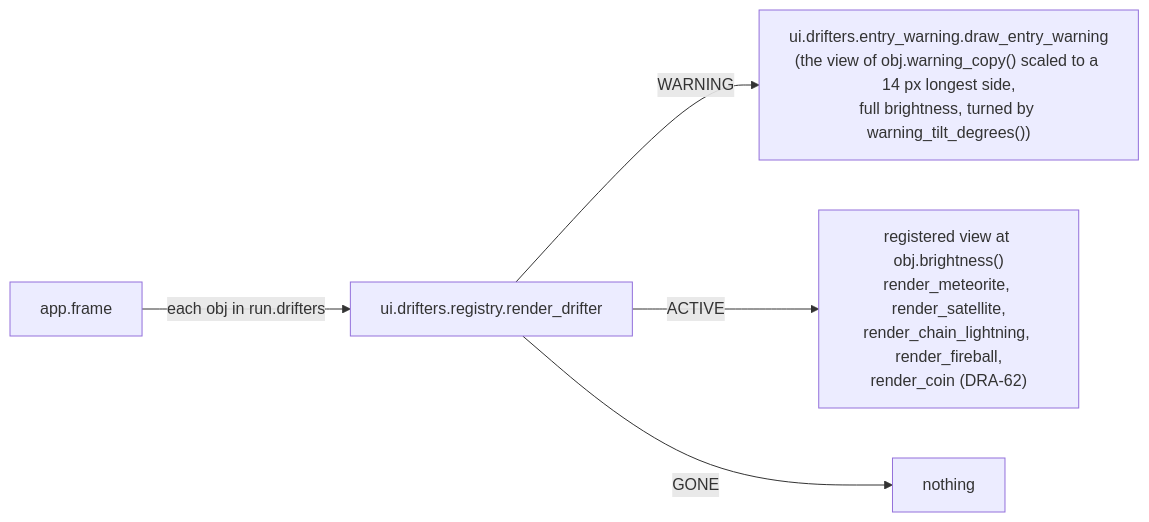
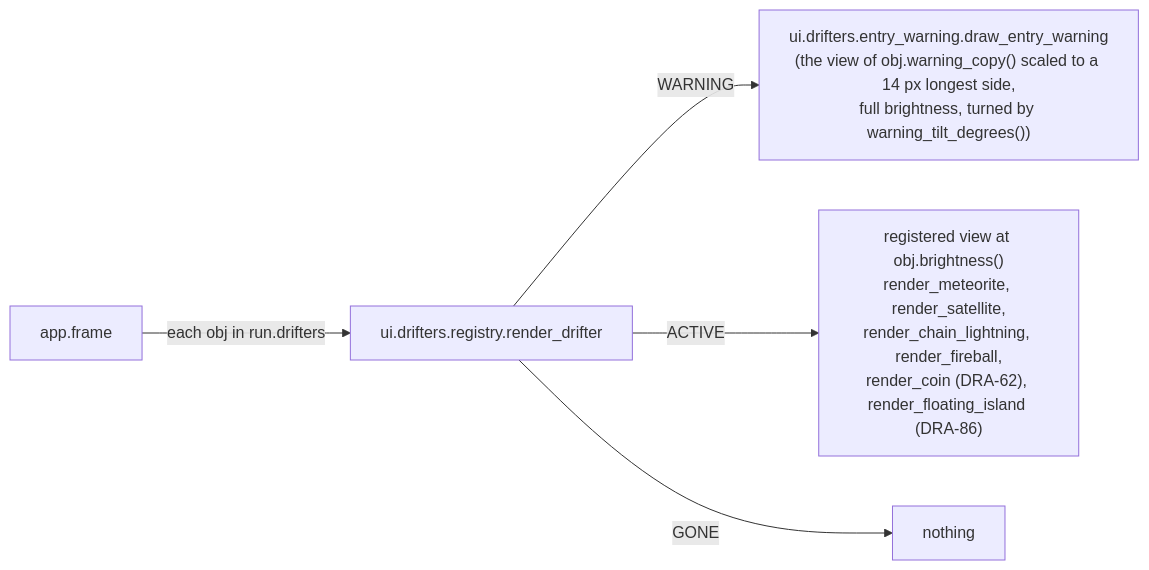
The sixth of 6 diagrams in docs/contracts/systems/drifters.md (david-mntl/driftward-ace), drawn with Mermaid before and after one commit. The commit also changed other lines of this file and 15 other files, not shown here.

Commit message:
docs(contracts): add DRA-86 floating island tasks and tuning schema; update drifters, ship, run, app contracts and wave and debug spawn schemas

````diff
--- a/docs/contracts/systems/drifters.md
+++ b/docs/contracts/systems/drifters.md
@@ -281,7 +345,7 @@
 ```mermaid
 flowchart LR
   APP["app.frame"] -- "each obj in run.drifters" --> R["ui.drifters.registry.render_drifter"]
   R -- "WARNING" --> W["ui.drifters.entry_warning.draw_entry_warning<br/>(the view of obj.warning_copy() scaled to a 14 px longest side,<br/>full brightness, turned by warning_tilt_degrees())"]
-  R -- "ACTIVE" --> V["registered view at obj.brightness()<br/>render_meteorite, render_satellite,<br/>render_chain_lightning, render_fireball,<br/>render_coin (DRA-62)"]
+  R -- "ACTIVE" --> V["registered view at obj.brightness()<br/>render_meteorite, render_satellite,<br/>render_chain_lightning, render_fireball,<br/>render_coin (DRA-62), render_floating_island (DRA-86)"]
   R -- "GONE" --> N["nothing"]
 ```
````
